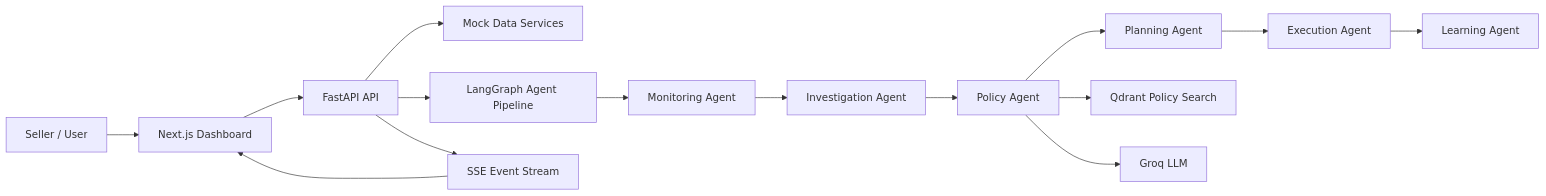
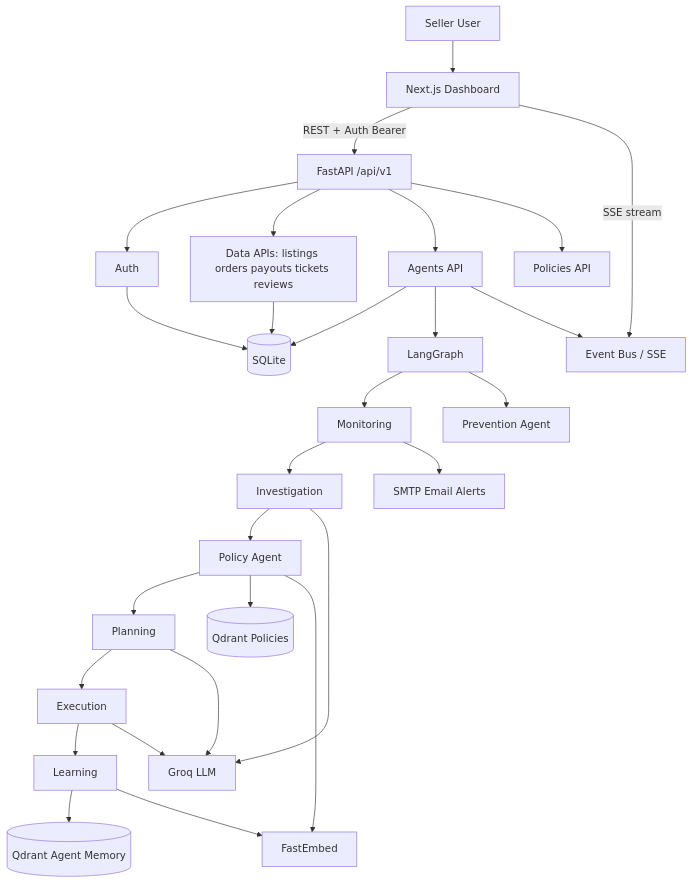
The diagram in docs/interview-prep.md (Saumyaa65/sellerops-ai), drawn with Mermaid before and after one commit. The commit also changed other lines of this file and 5 other files, not shown here.

````diff
--- a/docs/interview-prep.md
+++ b/docs/interview-prep.md
@@ -125,17 +212,35 @@
 ```mermaid
-flowchart LR
-  U[Seller / User] --> F[Next.js Dashboard]
-  F --> A[FastAPI API]
-  A --> D[Mock Data Services]
-  A --> G[LangGraph Agent Pipeline]
-  G --> M[Monitoring Agent]
-  M --> I[Investigation Agent]
+flowchart TB
+  U[Seller User] --> FE[Next.js Dashboard]
+  FE -->|REST + Auth Bearer| API[FastAPI /api/v1]
+  FE -->|SSE stream| SSE[Event Bus / SSE]
+
+  API --> AUTH[Auth]
+  API --> DATA[Data APIs: listings orders payouts tickets reviews]
+  API --> AG[Agents API]
+  API --> POL[Policies API]
+
+  AUTH --> DB[(SQLite)]
+  DATA --> DB
+  AG --> DB
+  AG --> LG[LangGraph]
+
+  LG --> M[Monitoring]
+  M --> I[Investigation]
   I --> P[Policy Agent]
-  P --> PL[Planning Agent]
-  PL --> E[Execution Agent]
-  E --> L[Learning Agent]
-  P --> Q[Qdrant Policy Search]
-  P --> LLM[Groq LLM]
-  A --> S[SSE Event Stream]
-  S --> F
+  P --> PL[Planning]
+  PL --> E[Execution]
+  E --> L[Learning]
+  LG --> PR[Prevention Agent]
+
+  P --> Q[(Qdrant Policies)]
+  L --> QM[(Qdrant Agent Memory)]
+  I --> G[Groq LLM]
+  PL --> G
+  E --> G
+  P --> EMB[FastEmbed]
+  L --> EMB
+
+  M --> MAIL[SMTP Email Alerts]
+  AG --> SSE
 ```
````
